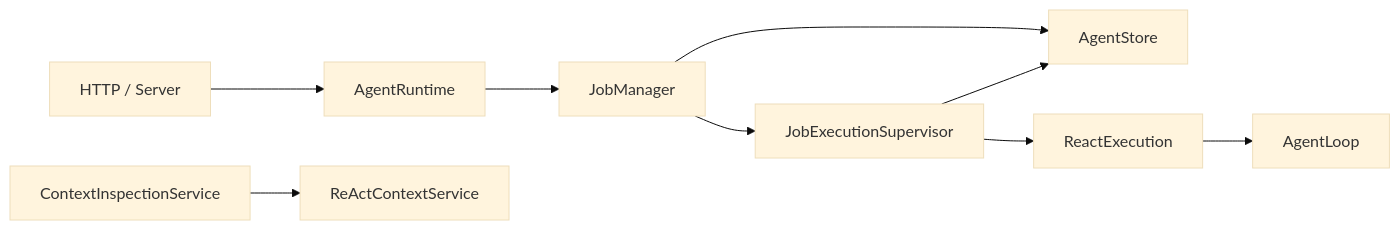
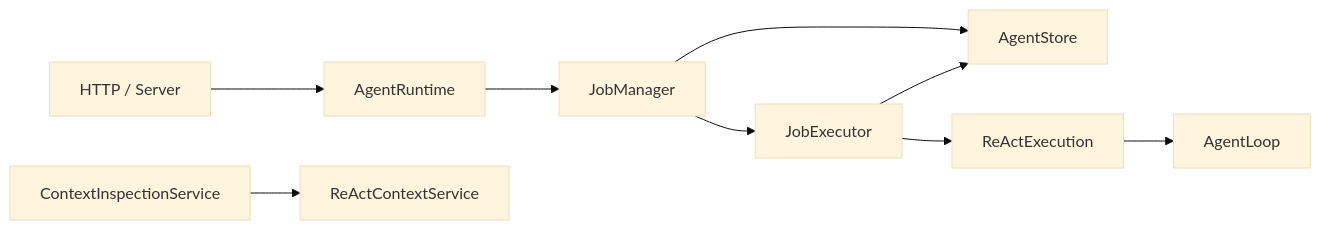
The second of 2 diagrams in docs/01-unified-react-runtime.md (lucyonegit/agent-runtime-v2), drawn with Mermaid (base theme) before and after one commit. The commit also changed other lines of this file and 27 other files, not shown here.

````diff
--- a/docs/01-unified-react-runtime.md
+++ b/docs/01-unified-react-runtime.md
@@ -42,11 +42,11 @@
 ```mermaid
 flowchart LR
     HTTP["HTTP / Server"] --> AR["AgentRuntime"]
     AR --> JM["JobManager"]
-    JM --> JES["JobExecutionSupervisor"]
+    JM --> JES["JobExecutor"]
     JM --> STORE["AgentStore"]
     JES --> STORE
-    JES --> RE["ReactExecution"]
+    JES --> RE["ReActExecution"]
     RE --> AL["AgentLoop"]
     CIS["ContextInspectionService"] --> CS["ReActContextService"]
 ```
````
